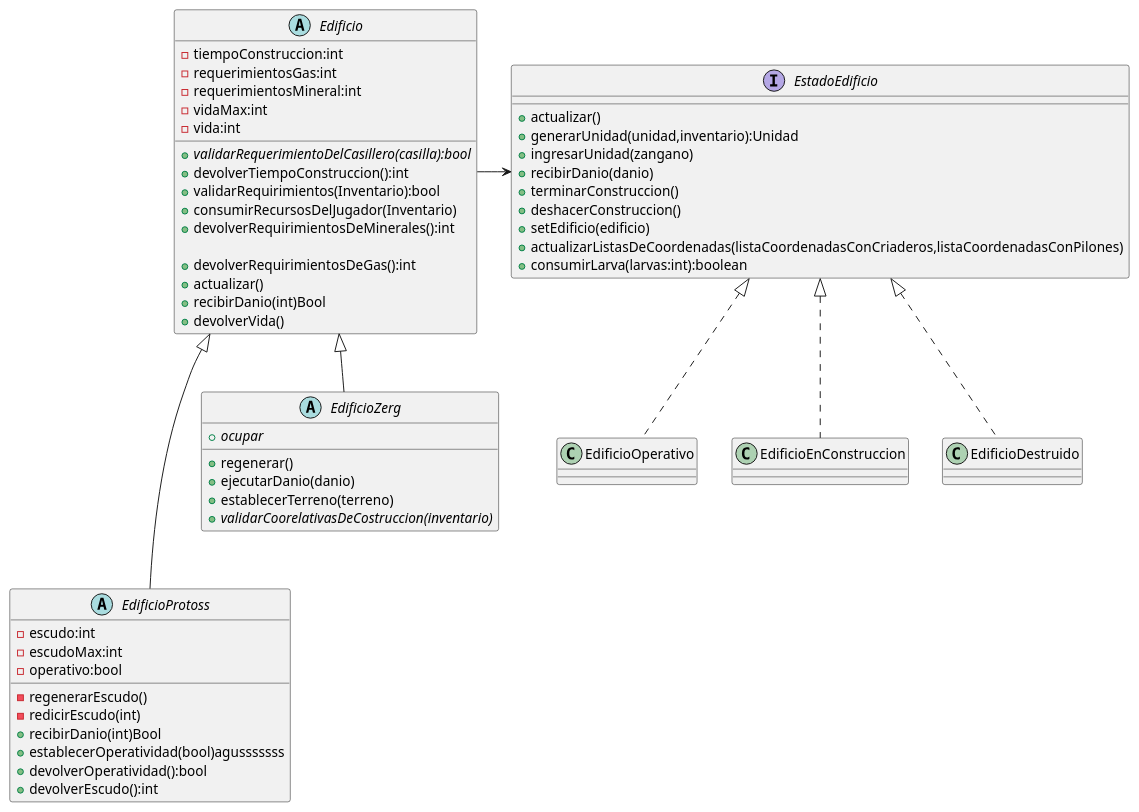
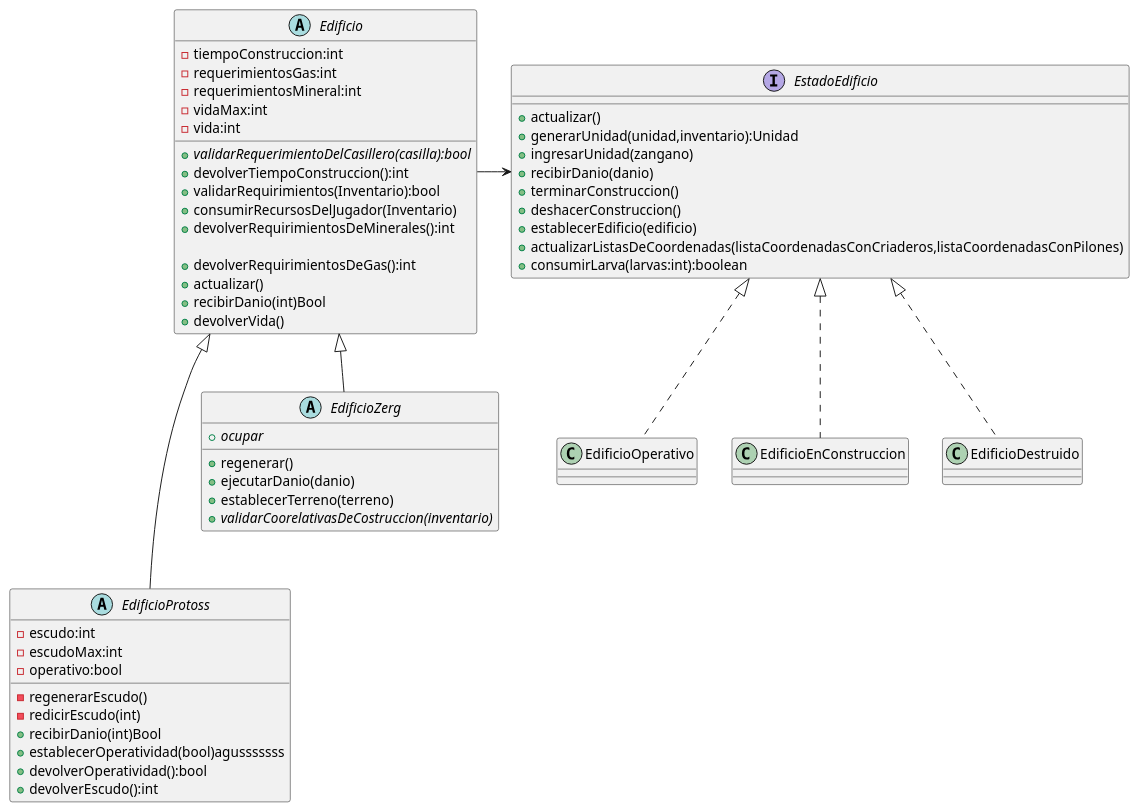
One commit to LucasMBarrientos/algo3_tp2 changed the diagram in diagrams/classes/Modelo/clase_edificio.puml. Above: the diagram before and after it, drawn with PlantUML. The commit also changed 17 other files, not shown here.

```diff
--- a/diagrams/classes/Modelo/clase_edificio.puml
+++ b/diagrams/classes/Modelo/clase_edificio.puml
@@ -1,60 +1,60 @@
 @startuml
 abstract Edificio{
 -tiempoConstruccion:int
 -requerimientosGas:int
 -requerimientosMineral:int
 -vidaMax:int
 -vida:int
 +{abstract}validarRequerimientoDelCasillero(casilla):bool
 +devolverTiempoConstruccion():int
 +validarRequirimientos(Inventario):bool
 +consumirRecursosDelJugador(Inventario)
 +devolverRequirimientosDeMinerales():int
 
 +devolverRequirimientosDeGas():int
 +actualizar()
 +recibirDanio(int)Bool
 +devolverVida()
 }
 
 
 interface EstadoEdificio{
  +actualizar()
 +generarUnidad(unidad,inventario):Unidad
 +ingresarUnidad(zangano)
 +recibirDanio(danio)
 +terminarConstruccion()
 +deshacerConstruccion()
-+setEdificio(edificio)
++establecerEdificio(edificio)
 +actualizarListasDeCoordenadas(listaCoordenadasConCriaderos,listaCoordenadasConPilones)
 +consumirLarva(larvas:int):boolean
 }
 
 
 abstract EdificioProtoss{
 -escudo:int
 -escudoMax:int
 -operativo:bool
 -regenerarEscudo()
 -redicirEscudo(int)
 +recibirDanio(int)Bool
 +establecerOperatividad(bool)agusssssss
 +devolverOperatividad():bool
 +devolverEscudo():int
 }
 
 
 abstract EdificioZerg{
 +regenerar()
 +ejecutarDanio(danio)
 +establecerTerreno(terreno)
 {abstract}+ocupar
 {abstract}+validarCoorelativasDeCostruccion(inventario)
 }
 Edificio-> EstadoEdificio
 EstadoEdificio <|..EdificioOperativo
 EstadoEdificio <|..EdificioEnConstruccion
 EstadoEdificio <|..EdificioDestruido
 Edificio <|--- EdificioProtoss
 Edificio <|-- EdificioZerg
 @enduml
```
